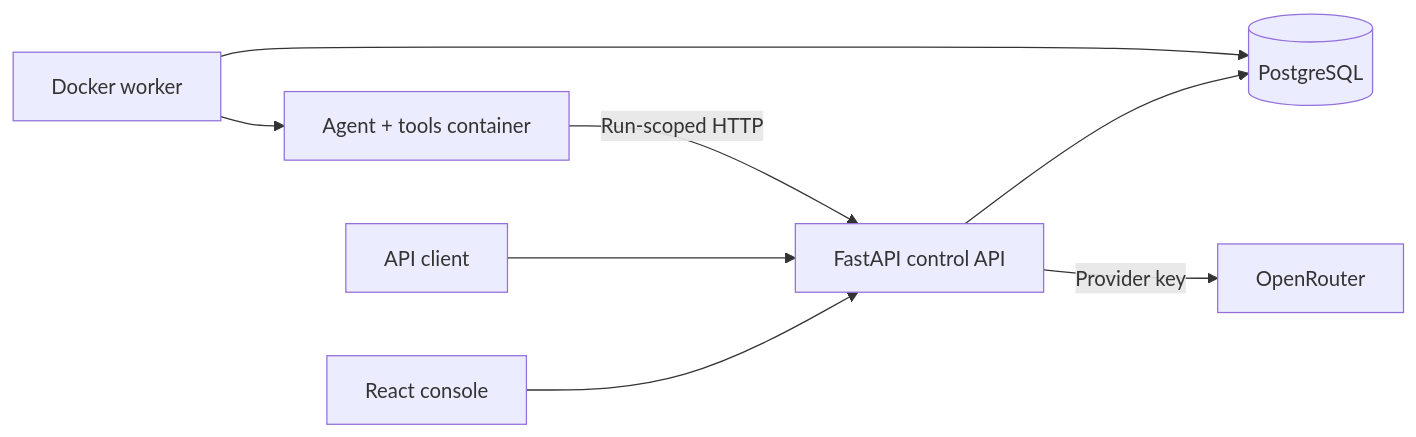
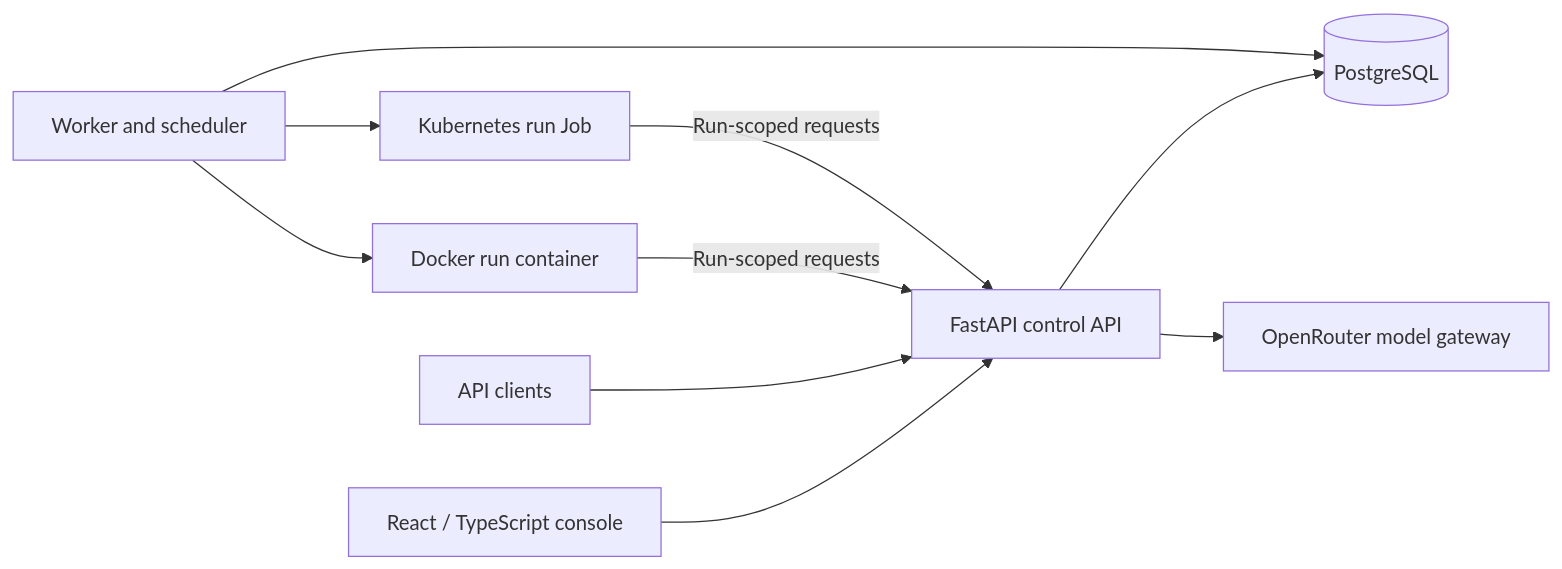
The diagram in README.md (nrylov/agentberth), drawn with Mermaid before and after one commit. The commit also changed other lines of this file, not shown here.

````diff
--- a/README.md
+++ b/README.md
@@ -116,10 +90,12 @@
 ```mermaid
 flowchart LR
-    UI[React console] --> API[FastAPI control API]
-    Client[API client] --> API
-    API --> DB[(PostgreSQL)]
-    Worker[Docker worker] --> DB
-    Worker --> Sandbox[Agent + tools container]
-    Sandbox -->|Run-scoped HTTP| API
-    API -->|Provider key| OpenRouter
+    Console[React / TypeScript console] --> API[FastAPI control API]
+    Client[API clients] --> API
+    API --> Database[(PostgreSQL)]
+    Worker[Worker and scheduler] --> Database
+    Worker --> Docker[Docker run container]
+    Worker --> Kubernetes[Kubernetes run Job]
+    Docker -->|Run-scoped requests| API
+    Kubernetes -->|Run-scoped requests| API
+    API --> OpenRouter[OpenRouter model gateway]
 ```
````
